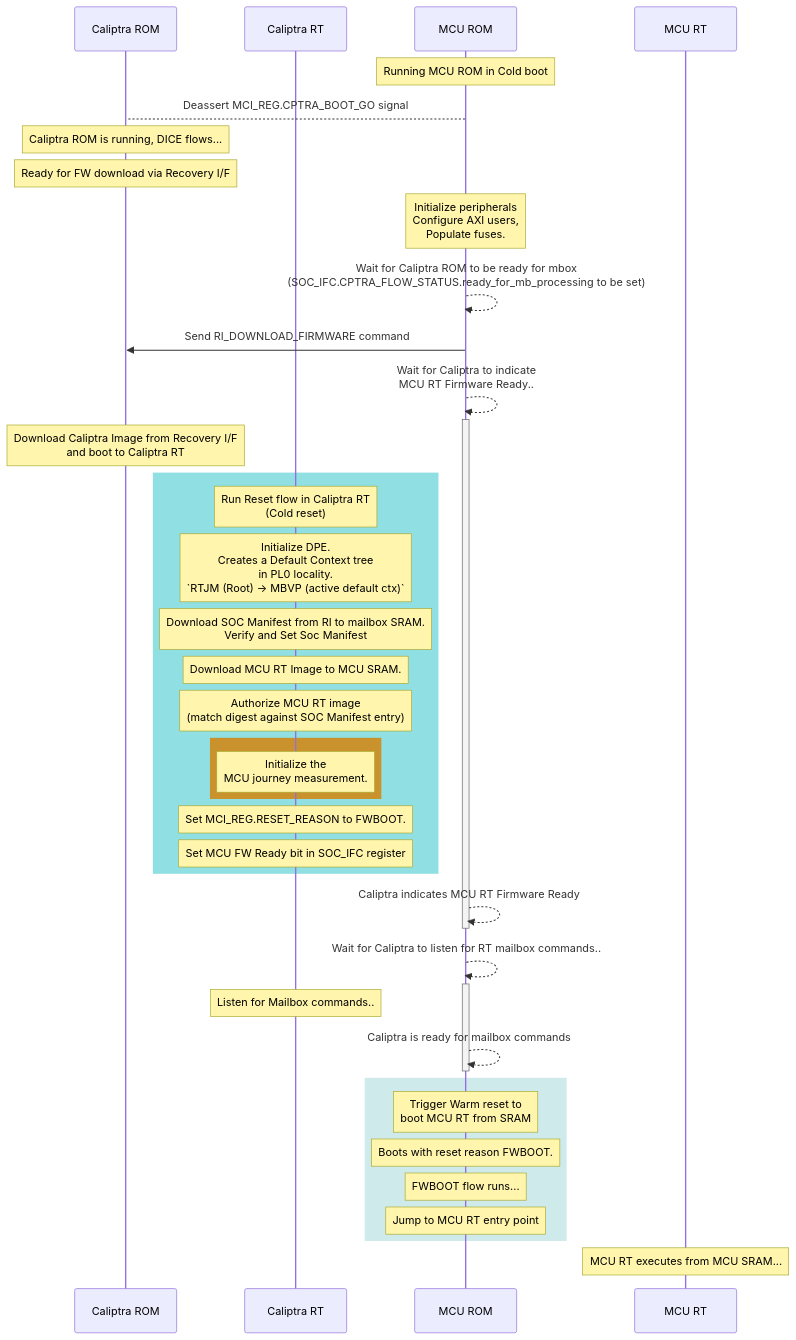
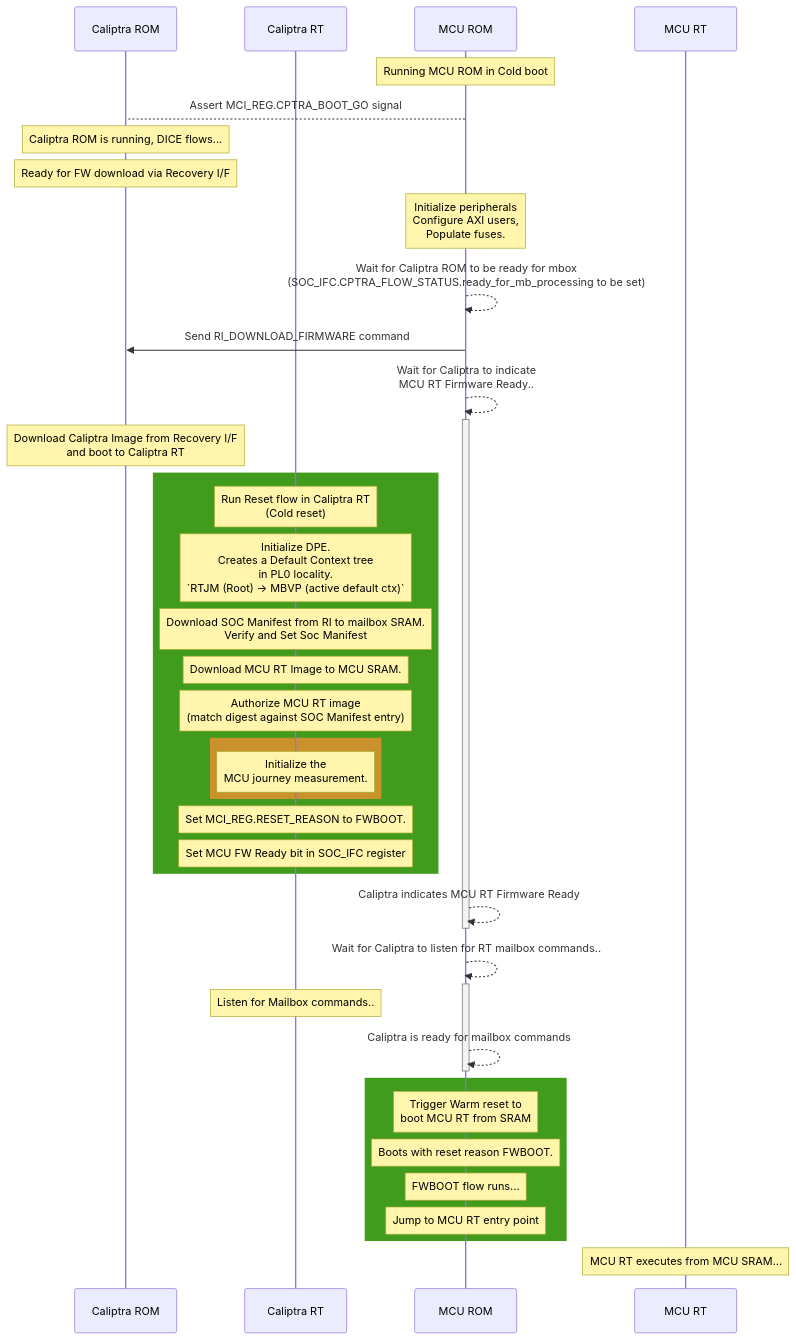
One commit to chipsalliance/caliptra-mcu-sw changed the first of 2 diagrams in docs/src/measurements.md. Above: the diagram before and after it, drawn with Mermaid. The commit also changed other lines of this file, not shown here.

Commit message:
update 7

````diff
--- a/docs/src/measurements.md
+++ b/docs/src/measurements.md
@@ -7,39 +7,39 @@
 ```mermaid
 sequenceDiagram
     participant Caliptra ROM
     participant Caliptra RT
     participant MCU ROM
     participant MCU RT
     Note over MCU ROM: Running MCU ROM in Cold boot
-    MCU ROM --> Caliptra ROM: Deassert MCI_REG.CPTRA_BOOT_GO signal
+    MCU ROM --> Caliptra ROM: Assert MCI_REG.CPTRA_BOOT_GO signal
     Note over Caliptra ROM: Caliptra ROM is running, DICE flows...
     Note over Caliptra ROM: Ready for FW download via Recovery I/F
     Note over MCU ROM: Initialize peripherals <br/> Configure AXI users, <br/> Populate fuses.
     MCU ROM -->> MCU ROM :Wait for Caliptra ROM to be ready for mbox<br/> (SOC_IFC.CPTRA_FLOW_STATUS.ready_for_mb_processing to be set)
     MCU ROM ->> Caliptra ROM: Send RI_DOWNLOAD_FIRMWARE command
     MCU ROM -->>+ MCU ROM: Wait for Caliptra to indicate <br/> MCU RT Firmware Ready..
     Note over Caliptra ROM: Download Caliptra Image from Recovery I/F <br/>and boot to Caliptra RT
-    rect rgba(144, 223, 226, 1)
+    rect rgba(65, 156, 29, 1)
     Note over Caliptra RT: Run Reset flow in Caliptra RT<br/>(Cold reset)
     Note over Caliptra RT: Initialize DPE. <br/> Creates a Default Context tree <br/> in PL0 locality. <br/> `RTJM (Root) -> MBVP (active default ctx)`
     Note over Caliptra RT: Download SOC Manifest from RI to mailbox SRAM.<br/> Verify and Set Soc Manifest
     Note over Caliptra RT: Download MCU RT Image to MCU SRAM.
     note over Caliptra RT: Authorize MCU RT image <br/> (match digest against SOC Manifest entry)
     rect rgba(201, 146, 45, 1)
         Note over Caliptra RT: Initialize the <br/> MCU journey measurement.
     end
     Note over Caliptra RT: Set MCI_REG.RESET_REASON to FWBOOT. 
     Note over Caliptra RT: Set MCU FW Ready bit in SOC_IFC register
     end
     MCU ROM -->>- MCU ROM: Caliptra indicates MCU RT Firmware Ready
     MCU ROM -->>+ MCU ROM: Wait for Caliptra to listen for RT mailbox commands..
     Note over Caliptra RT: Listen for Mailbox commands..
     MCU ROM -->>- MCU ROM: Caliptra is ready for mailbox commands
-    rect rgba(206, 234, 235, 1)
+    rect rgba(65, 156, 29, 1)
         Note over MCU ROM: Trigger Warm reset to <br/> boot MCU RT from SRAM
         Note over MCU ROM: Boots with reset reason FWBOOT.
         note over MCU ROM: FWBOOT flow runs...
         note over MCU ROM: Jump to MCU RT entry point
     end
     Note over MCU RT: MCU RT executes from MCU SRAM...
 ```
````
